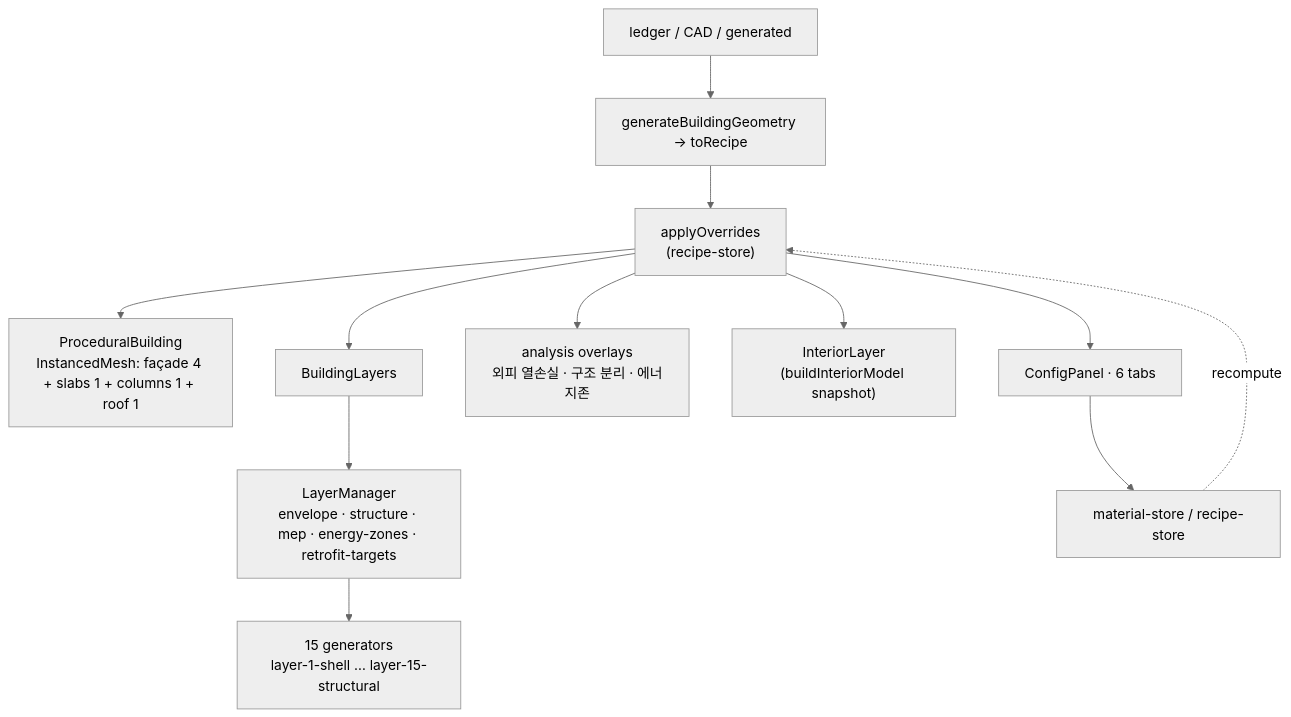
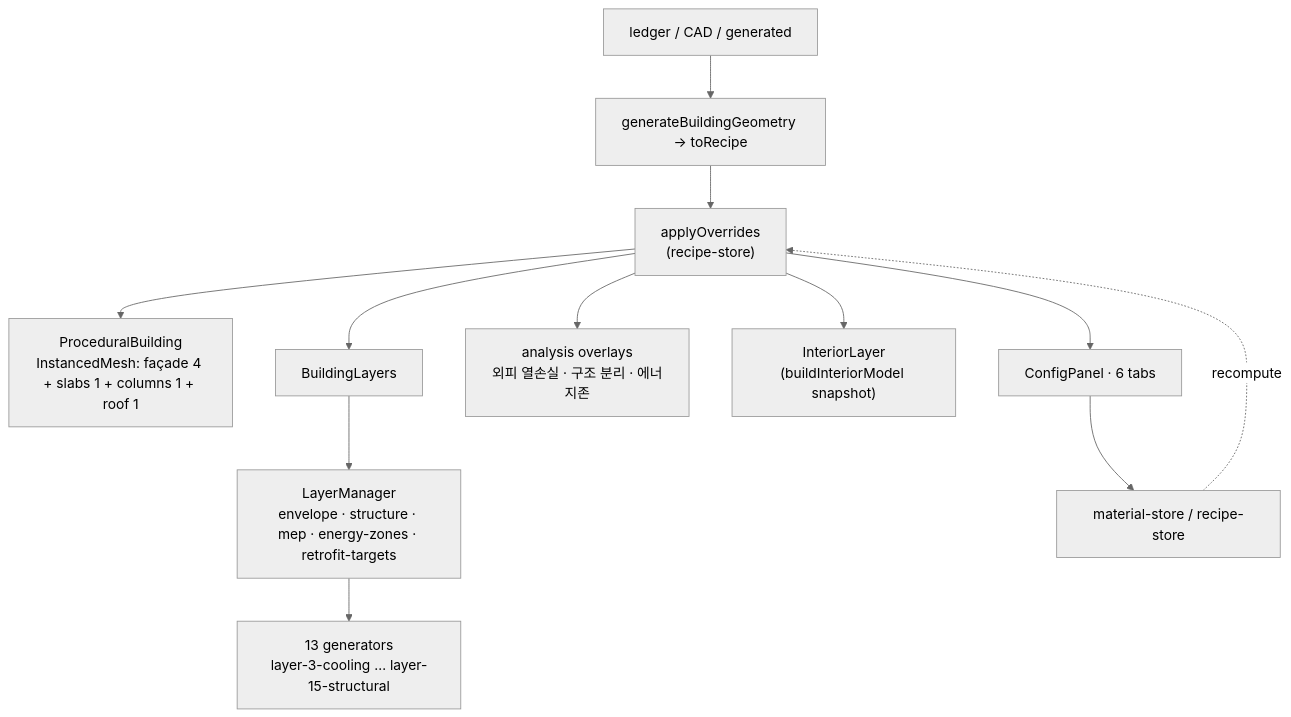
The diagram in docs/02_Features/Digital Twin Viewer.md (mattysouth97/BIM), drawn with Mermaid (neutral theme) before and after one commit. The commit also changed 112 other files, not shown here.

````diff
--- a/docs/02_Features/Digital Twin Viewer.md
+++ b/docs/02_Features/Digital Twin Viewer.md
@@ -44,14 +44,14 @@
 ```mermaid
 flowchart TD
   R["ledger / CAD / generated"] --> G[generateBuildingGeometry → toRecipe]
   G --> M["applyOverrides<br/>(recipe-store)"]
   M --> PB["ProceduralBuilding<br/>InstancedMesh: façade 4 + slabs 1 + columns 1 + roof 1"]
   M --> BL[BuildingLayers]
   BL --> LM["LayerManager<br/>envelope · structure · mep · energy-zones · retrofit-targets"]
-  LM --> G15["15 generators<br/>layer-1-shell … layer-15-structural"]
+  LM --> G15["13 generators<br/>layer-3-cooling … layer-15-structural"]
   M --> AO["analysis overlays<br/>외피 열손실 · 구조 분리 · 에너지존"]
   M --> IL["InteriorLayer<br/>(buildInteriorModel snapshot)"]
   M --> CP[ConfigPanel · 6 tabs]
   CP --> ST["material-store / recipe-store"]
   ST -.recompute.-> M
 ```
````
